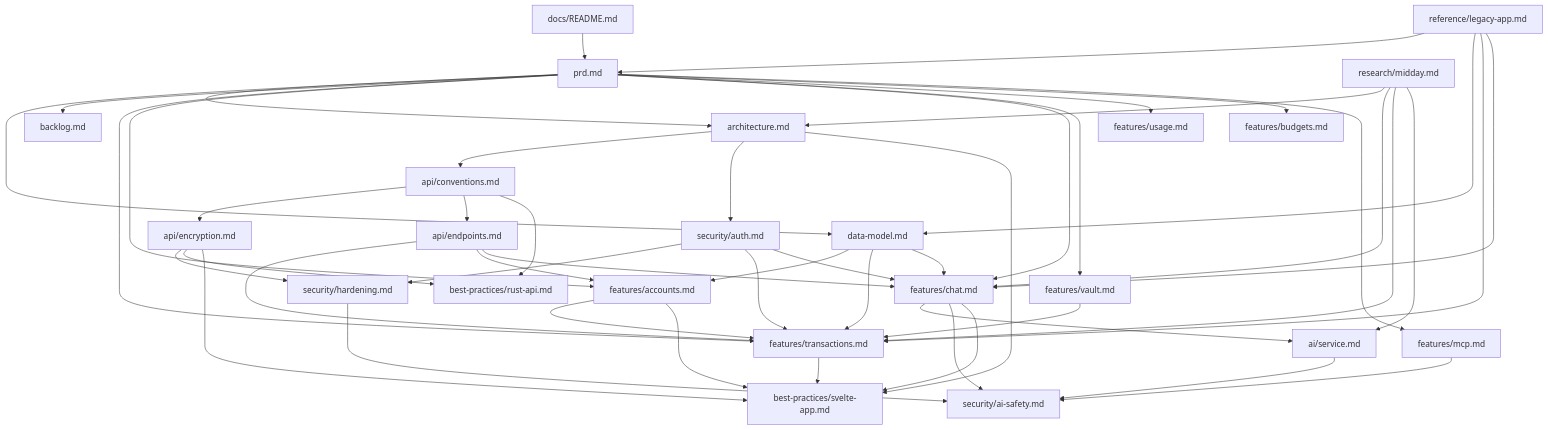
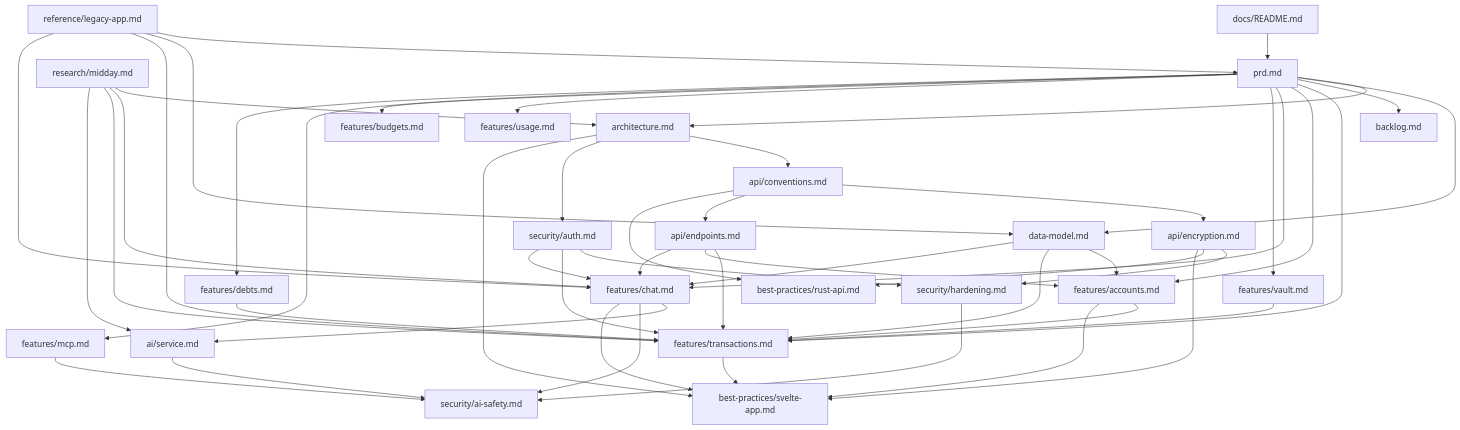
The diagram in docs/README.md (lazlanrafar/oewang), drawn with Mermaid before and after one commit. The commit also changed other lines of this file and 16 other files, not shown here.

````diff
--- a/docs/README.md
+++ b/docs/README.md
@@ -36,50 +37,52 @@
 ```mermaid
 flowchart TD
     README["docs/README.md"] --> PRD["prd.md"]
     PRD --> ARCH["architecture.md"]
     PRD --> DM["data-model.md"]
     PRD --> BACKLOG["backlog.md"]
     ARCH --> CONV["api/conventions.md"]
     CONV --> ENC["api/encryption.md"]
     CONV --> EP["api/endpoints.md"]
     ARCH --> AUTH["security/auth.md"]
     AUTH --> HARD["security/hardening.md"]
     ENC --> HARD
     PRD --> TXN["features/transactions.md"]
     PRD --> ACC["features/accounts.md"]
     PRD --> CHAT["features/chat.md"]
     PRD --> VAULT["features/vault.md"]
     PRD --> USAGE["features/usage.md"]
     PRD --> BUDGETS["features/budgets.md"]
     PRD --> MCP["features/mcp.md"]
+    PRD --> DEBTS["features/debts.md"]
+    DEBTS --> TXN
     MCP --> SAFE
     VAULT --> TXN
     CHAT --> AI["ai/service.md"]
     CHAT --> SAFE["security/ai-safety.md"]
     AI --> SAFE
     HARD --> SAFE
     EP --> TXN
     EP --> ACC
     ACC --> TXN
     DM --> ACC
     ACC --> SVELTE
     EP --> CHAT
     AUTH --> TXN
     AUTH --> CHAT
     DM --> TXN
     DM --> CHAT
     CONV --> RUST["best-practices/rust-api.md"]
     ENC --> RUST
     ARCH --> SVELTE["best-practices/svelte-app.md"]
     ENC --> SVELTE
     TXN --> SVELTE
     CHAT --> SVELTE
     LEGACY["reference/legacy-app.md"] --> PRD
     LEGACY --> DM
     LEGACY --> TXN
     LEGACY --> CHAT
     MIDDAY["research/midday.md"] --> ARCH
     MIDDAY --> CHAT
     MIDDAY --> TXN
     MIDDAY --> AI
 ```
````
